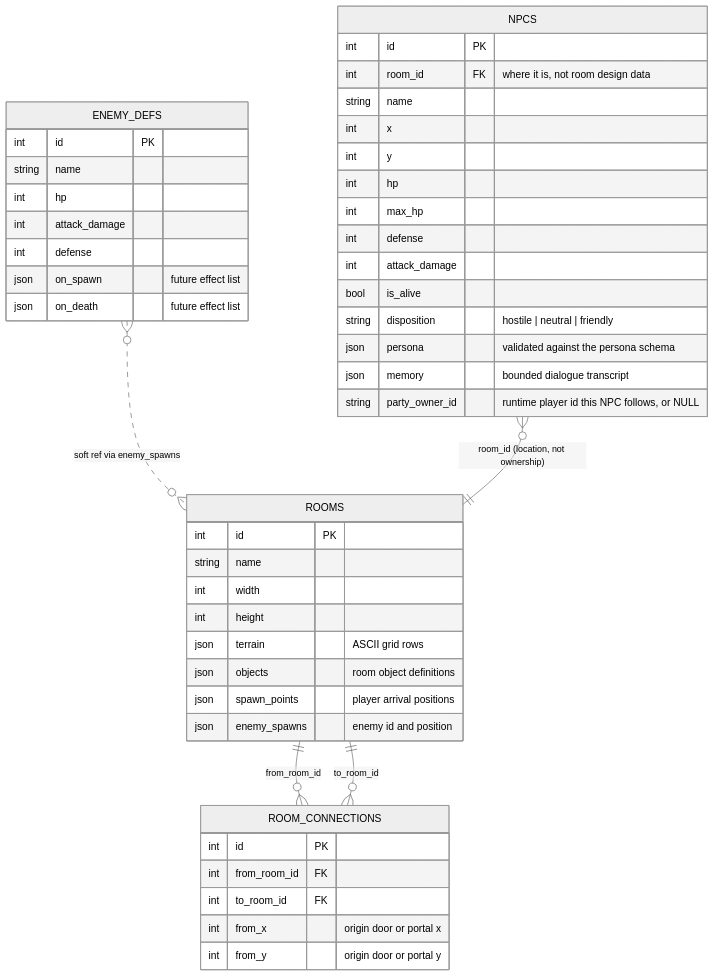
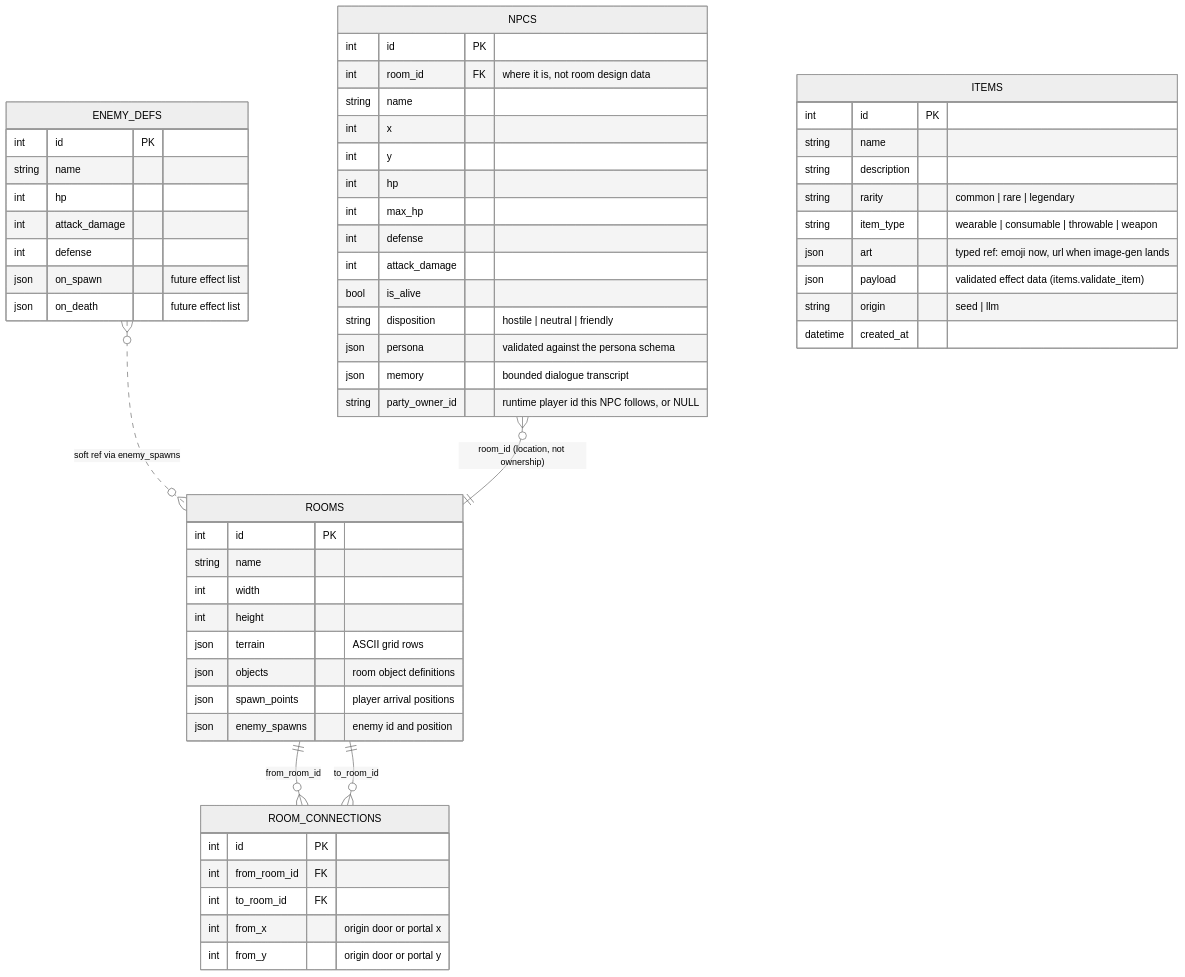
Before and after one commit to GoldenWind8/roguelike-mvp: the first of 2 diagrams in docs/DB_SCHEMA.md, drawn with Mermaid (neutral theme). The commit also changed other lines of this file and 48 other files, not shown here.

````diff
--- a/docs/DB_SCHEMA.md
+++ b/docs/DB_SCHEMA.md
@@ -18,53 +18,65 @@
 ```mermaid
 erDiagram
     ROOMS ||--o{ ROOM_CONNECTIONS : "from_room_id"
     ROOMS ||--o{ ROOM_CONNECTIONS : "to_room_id"
     ENEMY_DEFS }o..o{ ROOMS : "soft ref via enemy_spawns"
     NPCS }o--|| ROOMS : "room_id (location, not ownership)"
 
     NPCS {
         int id PK
         int room_id FK "where it is, not room design data"
         string name
         int x
         int y
         int hp
         int max_hp
         int defense
         int attack_damage
         bool is_alive
         string disposition "hostile | neutral | friendly"
         json persona "validated against the persona schema"
         json memory "bounded dialogue transcript"
         string party_owner_id "runtime player id this NPC follows, or NULL"
     }
 
     ROOMS {
         int id PK
         string name
         int width
         int height
         json terrain "ASCII grid rows"
         json objects "room object definitions"
         json spawn_points "player arrival positions"
         json enemy_spawns "enemy id and position"
     }
 
     ROOM_CONNECTIONS {
         int id PK
         int from_room_id FK
         int to_room_id FK
         int from_x "origin door or portal x"
         int from_y "origin door or portal y"
     }
 
     ENEMY_DEFS {
         int id PK
         string name
         int hp
         int attack_damage
         int defense
         json on_spawn "future effect list"
         json on_death "future effect list"
     }
+
+    ITEMS {
+        int id PK
+        string name
+        string description
+        string rarity "common | rare | legendary"
+        string item_type "wearable | consumable | throwable | weapon"
+        json art "typed ref: emoji now, url when image-gen lands"
+        json payload "validated effect data (items.validate_item)"
+        string origin "seed | llm"
+        datetime created_at
+    }
 ```
````
